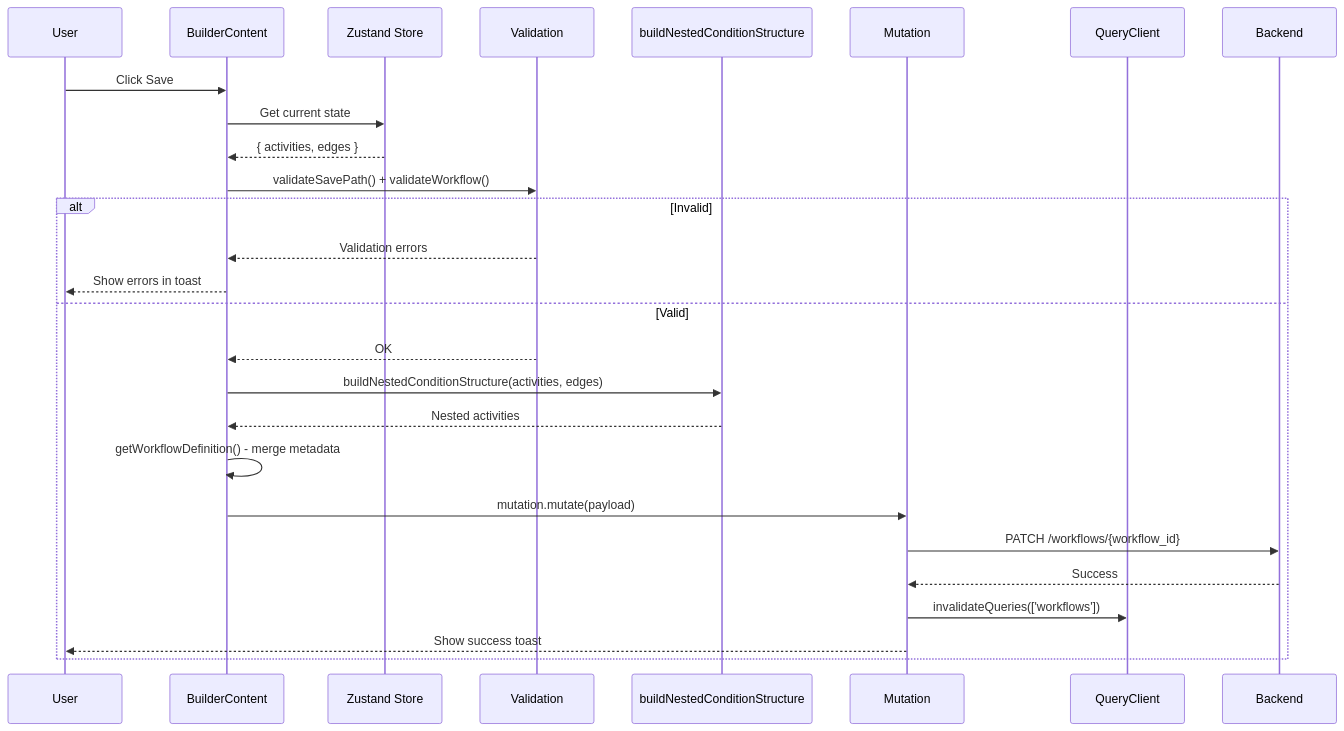
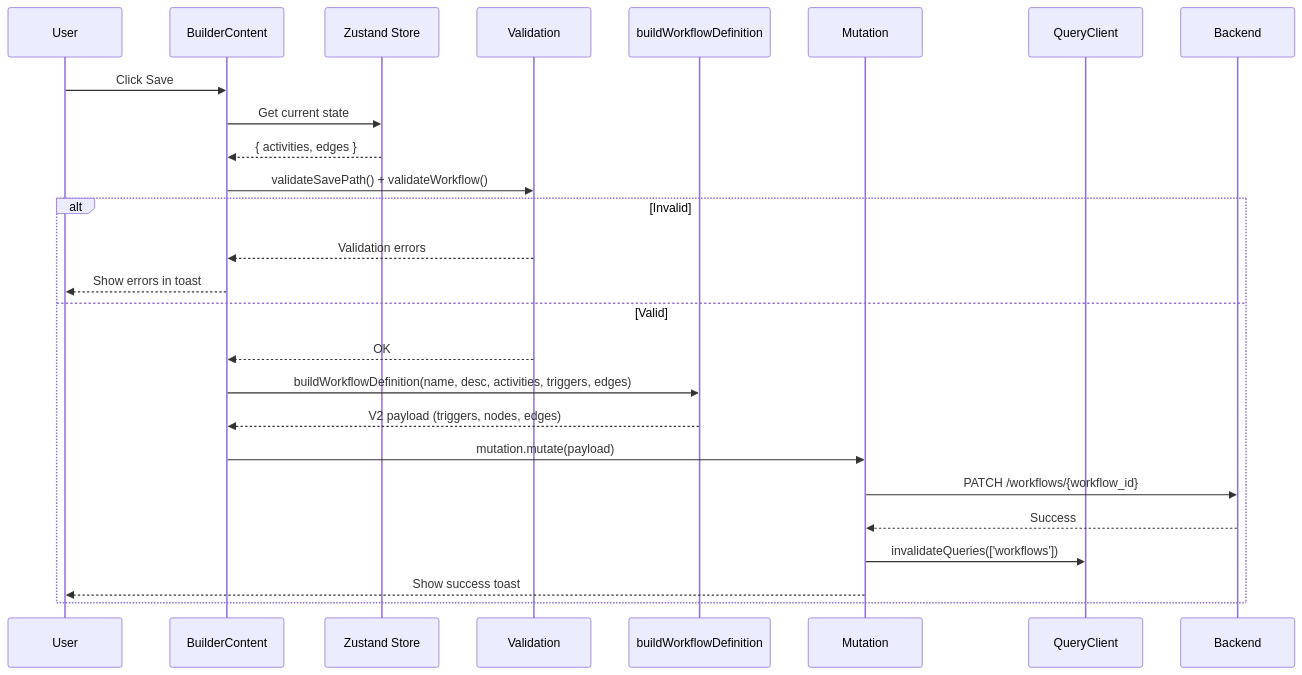
One commit to alinabuzachis/syntara changed the seventh of 7 diagrams in docs/data-flow.md. Above: the diagram before and after it, drawn with Mermaid. The commit also changed other lines of this file and 6 other files, not shown here.

First line of the commit message:
chore(docs): update and simplify all docs for v2 workflow schema (#533)

````diff
--- a/docs/data-flow.md
+++ b/docs/data-flow.md
@@ -665,31 +481,30 @@
 ```mermaid
 sequenceDiagram
     participant U as User
     participant C as BuilderContent
     participant S as Zustand Store
     participant V as Validation
-    participant T as buildNestedConditionStructure
+    participant T as buildWorkflowDefinition
     participant M as Mutation
     participant Q as QueryClient
     participant B as Backend
 
     U->>C: Click Save
     C->>S: Get current state
     S-->>C: { activities, edges }
     C->>V: validateSavePath() + validateWorkflow()
 
     alt Invalid
         V-->>C: Validation errors
         C-->>U: Show errors in toast
     else Valid
         V-->>C: OK
-        C->>T: buildNestedConditionStructure(activities, edges)
-        T-->>C: Nested activities
-        C->>C: getWorkflowDefinition() - merge metadata
+        C->>T: buildWorkflowDefinition(name, desc, activities, triggers, edges)
+        T-->>C: V2 payload (triggers, nodes, edges)
         C->>M: mutation.mutate(payload)
         M->>B: PATCH /workflows/{workflow_id}
         B-->>M: Success
         M->>Q: invalidateQueries(['workflows'])
         M-->>U: Show success toast
     end
 ```
````
